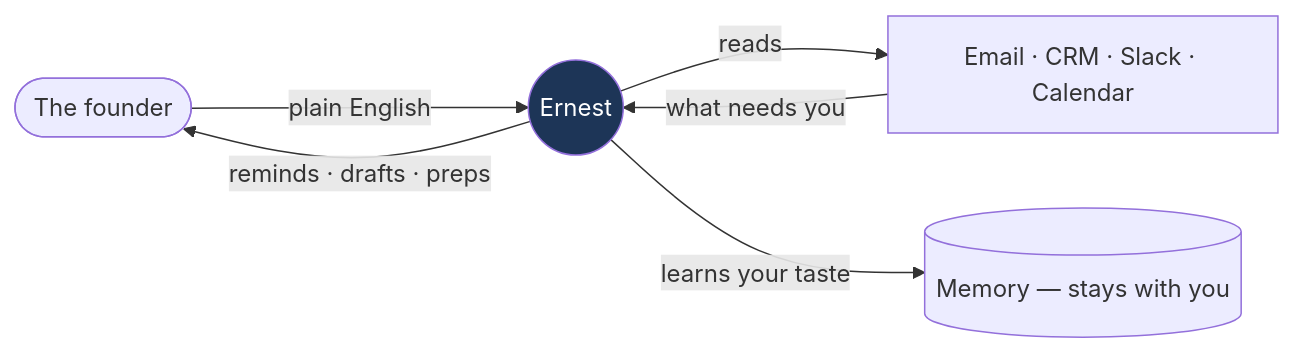
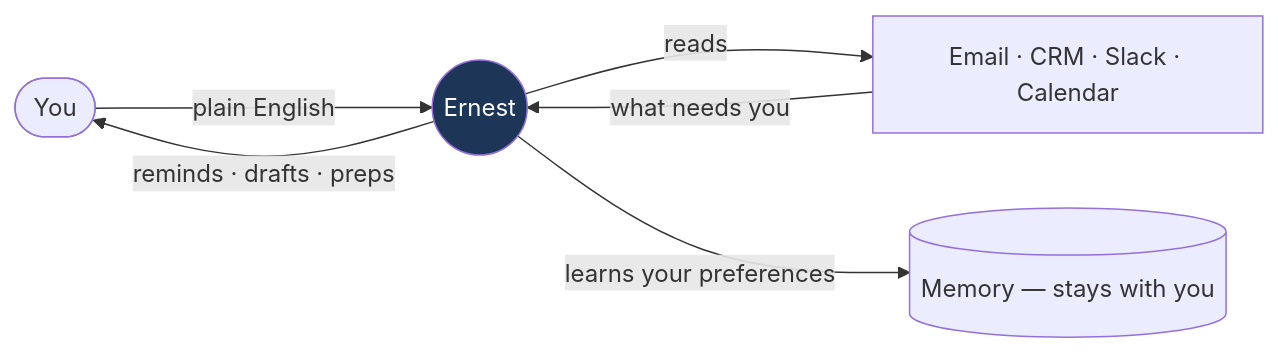
One commit to romaluev/ernest-cc changed the first of 7 diagrams in docs/guidebook.md. Above: the diagram before and after it, drawn with Mermaid. The commit also changed other lines of this file and 6 other files, not shown here.

````diff
--- a/docs/guidebook.md
+++ b/docs/guidebook.md
@@ -19,10 +18,10 @@
 ```mermaid
 flowchart LR
-    you([The founder]) -- "plain English" --> E((Ernest))
+    you([You]) -- "plain English" --> E((Ernest))
     E -- "reads" --> tools["Email · CRM · Slack · Calendar"]
     tools -- "what needs you" --> E
     E -- "reminds · drafts · preps" --> you
-    E -- "learns your taste" --> mem[("Memory — stays with you")]
+    E -- "learns your preferences" --> mem[("Memory — stays with you")]
     classDef hi fill:#1d3557,color:#fff
     class E hi
 ```
````
